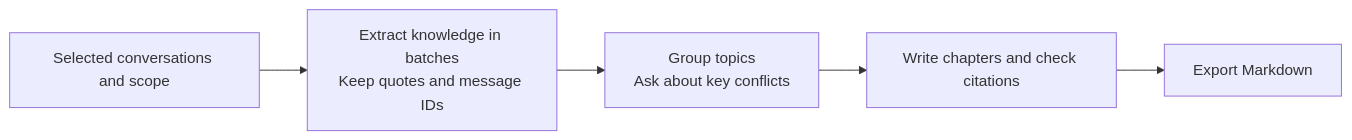
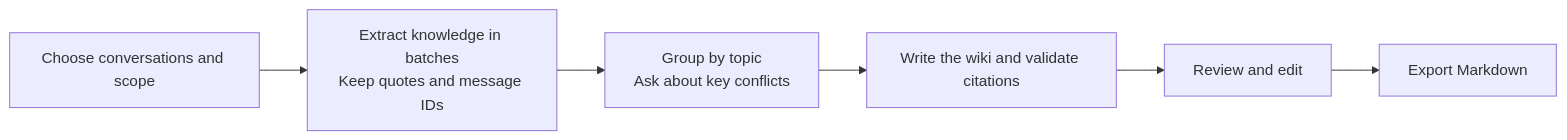
One commit to CNZHM666/ChatAtlas changed the diagram in README.en.md. Above: the diagram before and after it, drawn with Mermaid. The commit also changed other lines of this file and 3 other files, not shown here.

````diff
--- a/README.en.md
+++ b/README.en.md
@@ -73,7 +83,8 @@
 ```mermaid
 flowchart LR
-  A["Selected conversations and scope"] --> B["Extract knowledge in batches<br/>Keep quotes and message IDs"]
-  B --> C["Group topics<br/>Ask about key conflicts"]
-  C --> D["Write chapters and check citations"]
-  D --> E["Export Markdown"]
+  A["Choose conversations and scope"] --> B["Extract knowledge in batches<br/>Keep quotes and message IDs"]
+  B --> C["Group by topic<br/>Ask about key conflicts"]
+  C --> D["Write the wiki and validate citations"]
+  D --> E["Review and edit"]
+  E --> F["Export Markdown"]
 ```
````
